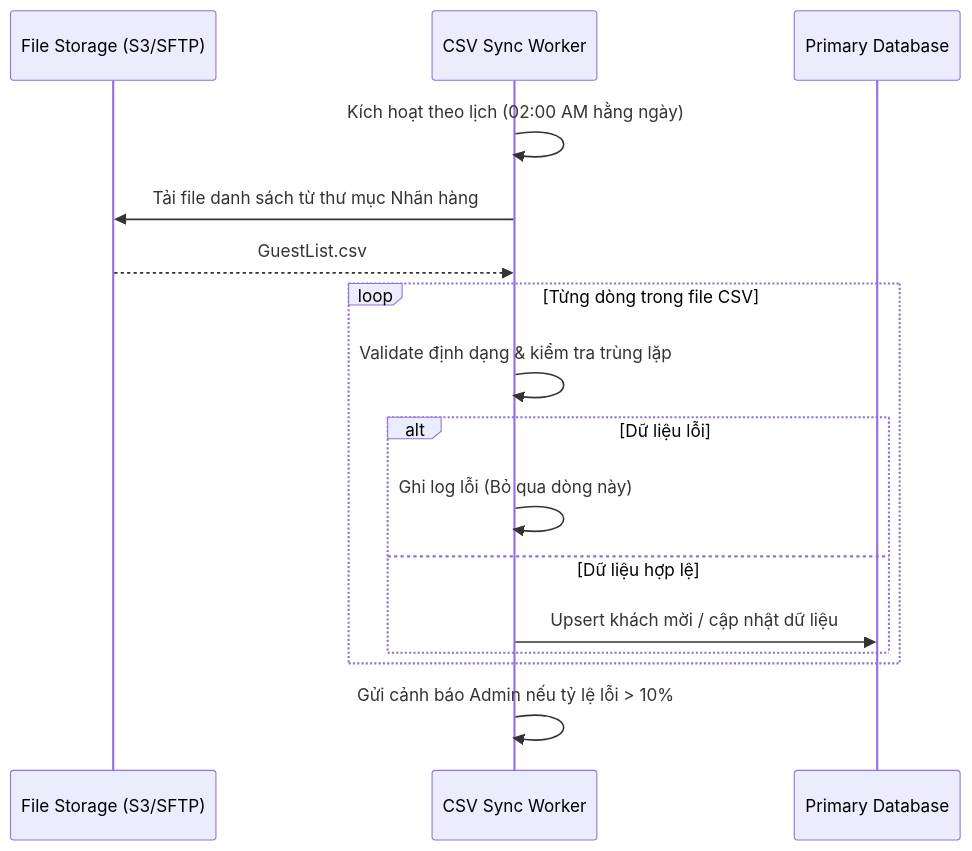
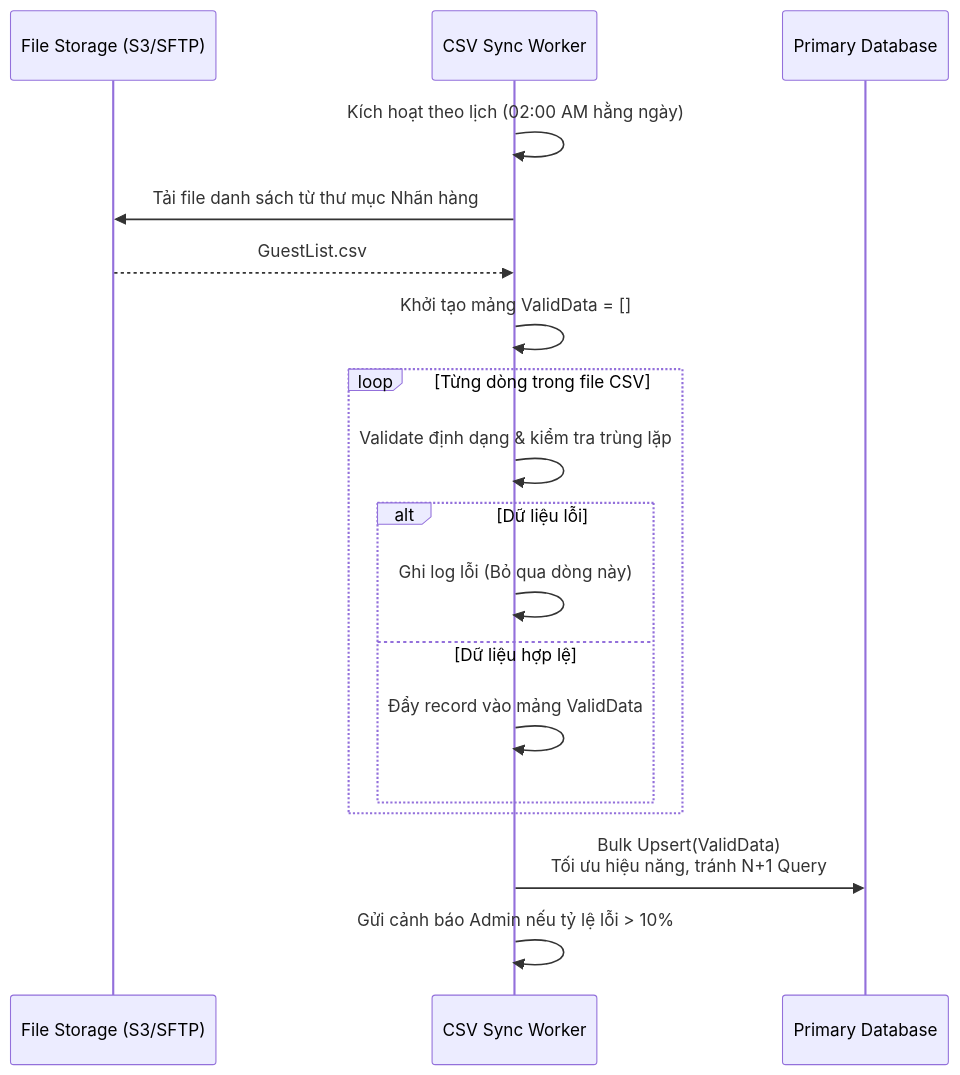
One commit to quocthaiLN/ticket-box-app changed the seventh of 7 diagrams in blueprint/design.md. Above: the diagram before and after it, drawn with Mermaid. The commit also changed other lines of this file, not shown here.

Commit message:
fix: HLD of ETL 1 way

````diff
--- a/blueprint/design.md
+++ b/blueprint/design.md
@@ -321,24 +321,28 @@
 ```mermaid
 sequenceDiagram
     participant Storage as File Storage (S3/SFTP)
     participant Worker as CSV Sync Worker
     participant DB as Primary Database
 
     Worker->>Worker: Kích hoạt theo lịch (02:00 AM hằng ngày)
 
     Worker->>Storage: Tải file danh sách từ thư mục Nhãn hàng
     Storage-->>Worker: GuestList.csv
 
+    Worker->>Worker: Khởi tạo mảng ValidData = []
+
     loop Từng dòng trong file CSV
         Worker->>Worker: Validate định dạng & kiểm tra trùng lặp
 
         alt Dữ liệu lỗi
             Worker->>Worker: Ghi log lỗi (Bỏ qua dòng này)
 
         else Dữ liệu hợp lệ
-            Worker->>DB: Upsert khách mời / cập nhật dữ liệu
+            Worker->>Worker: Đẩy record vào mảng ValidData
         end
     end
 
+    Worker->>DB: Bulk Upsert(ValidData)<br/>Tối ưu hiệu năng, tránh N+1 Query
+
     Worker->>Worker: Gửi cảnh báo Admin nếu tỷ lệ lỗi > 10%
 ```
````
